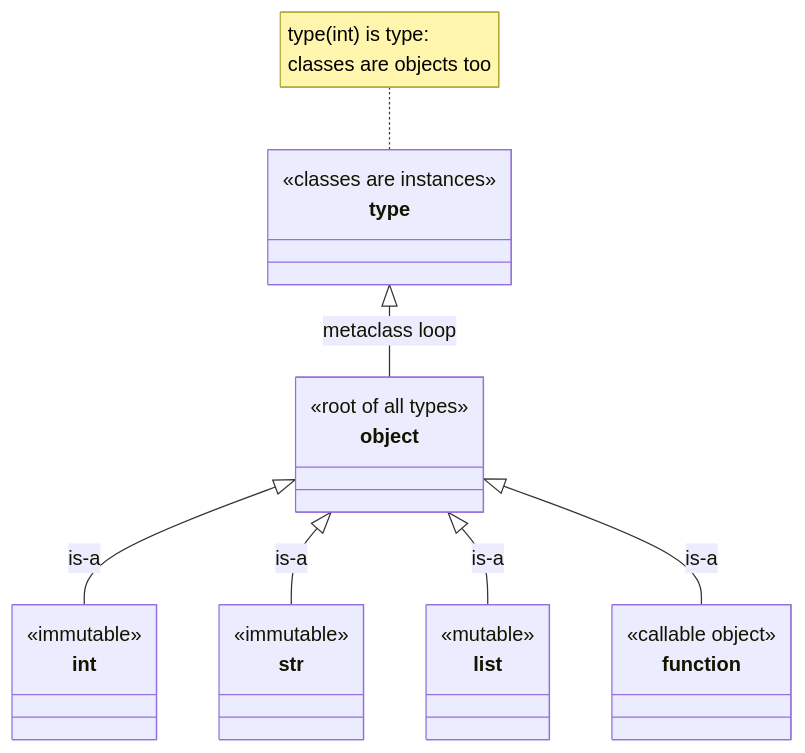
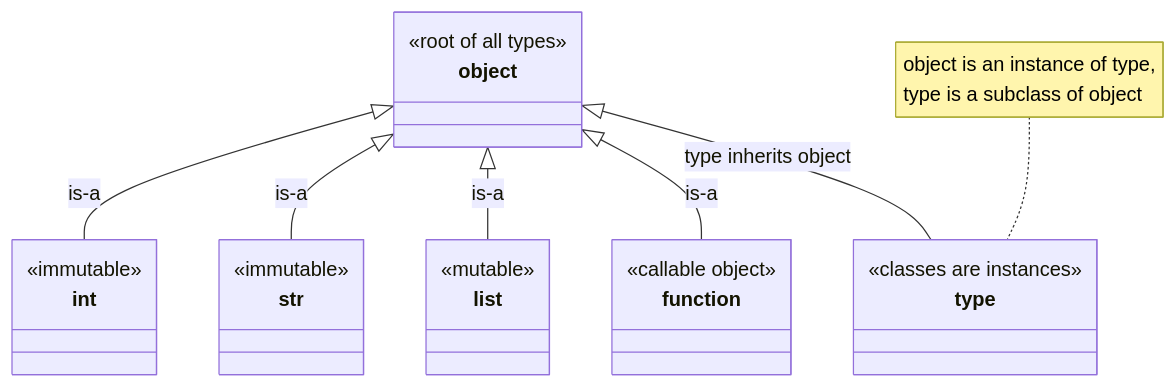
The first of 2 diagrams in docs/learning/09-object-model-type.md (AslamNazeerShaikh/Python-Material), drawn with Mermaid before and after one commit. The commit also changed 3 other files, not shown here.

Commit message:
docs(learning): fix diagram accuracy defects

````diff
--- a/docs/learning/09-object-model-type.md
+++ b/docs/learning/09-object-model-type.md
@@ -74,27 +74,27 @@
 ```mermaid
 classDiagram
     class object {
         <<root of all types>>
     }
     class int {
         <<immutable>>
     }
     class str {
         <<immutable>>
     }
     class list {
         <<mutable>>
     }
     class function {
         <<callable object>>
     }
     class type {
         <<classes are instances>>
     }
     object <|-- int : is-a
     object <|-- str : is-a
     object <|-- list : is-a
     object <|-- function : is-a
-    type <|-- object : metaclass loop
-    note for type "type(int) is type:<br/>classes are objects too"
+    object <|-- type : type inherits object
+    note for type "object is an instance of type,<br/>type is a subclass of object"
 ```
````
